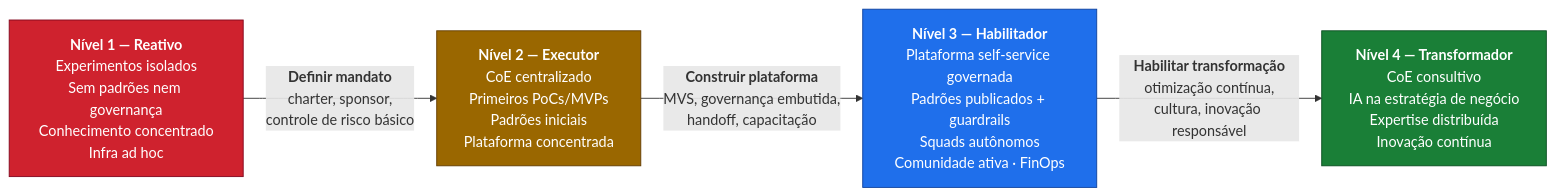
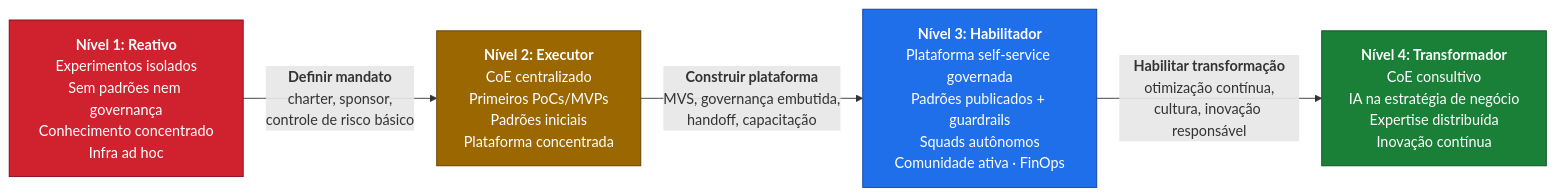
One commit to EdneiMonteiro/ai-coe-playbook changed the first of 3 diagrams in diagramas/03-modelo-maturidade.md. Above: the diagram before and after it, drawn with Mermaid. The commit also changed other lines of this file and 27 other files, not shown here.

````diff
--- a/diagramas/03-modelo-maturidade.md
+++ b/diagramas/03-modelo-maturidade.md
@@ -9,19 +9,19 @@
 ```mermaid
 flowchart LR
     classDef n1 fill:#cf222e,stroke:#82071e,color:#fff
     classDef n2 fill:#9a6700,stroke:#633c01,color:#fff
     classDef n3 fill:#1f6feb,stroke:#0d419d,color:#fff
     classDef n4 fill:#1a7f37,stroke:#0a4d20,color:#fff
 
-    N1["<b>Nível 1 — Reativo</b><br/>Experimentos isolados<br/>Sem padrões nem governança<br/>Conhecimento concentrado<br/>Infra ad hoc"]:::n1
+    N1["<b>Nível 1: Reativo</b><br/>Experimentos isolados<br/>Sem padrões nem governança<br/>Conhecimento concentrado<br/>Infra ad hoc"]:::n1
 
-    N2["<b>Nível 2 — Executor</b><br/>CoE centralizado<br/>Primeiros PoCs/MVPs<br/>Padrões iniciais<br/>Plataforma concentrada"]:::n2
+    N2["<b>Nível 2: Executor</b><br/>CoE centralizado<br/>Primeiros PoCs/MVPs<br/>Padrões iniciais<br/>Plataforma concentrada"]:::n2
 
-    N3["<b>Nível 3 — Habilitador</b><br/>Plataforma self-service governada<br/>Padrões publicados + guardrails<br/>Squads autônomos<br/>Comunidade ativa · FinOps"]:::n3
+    N3["<b>Nível 3: Habilitador</b><br/>Plataforma self-service governada<br/>Padrões publicados + guardrails<br/>Squads autônomos<br/>Comunidade ativa · FinOps"]:::n3
 
-    N4["<b>Nível 4 — Transformador</b><br/>CoE consultivo<br/>IA na estratégia de negócio<br/>Expertise distribuída<br/>Inovação contínua"]:::n4
+    N4["<b>Nível 4: Transformador</b><br/>CoE consultivo<br/>IA na estratégia de negócio<br/>Expertise distribuída<br/>Inovação contínua"]:::n4
 
     N1 -->|"<b>Definir mandato</b><br/>charter, sponsor,<br/>controle de risco básico"| N2
     N2 -->|"<b>Construir plataforma</b><br/>MVS, governança embutida,<br/>handoff, capacitação"| N3
     N3 -->|"<b>Habilitar transformação</b><br/>otimização contínua,<br/>cultura, inovação responsável"| N4
 ```
````
